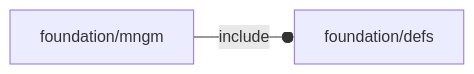
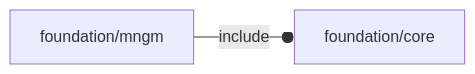
The diagram in orthodocs/foundation/mngm.md (ggabbiani/OFL), drawn with Mermaid before and after one commit. The commit also changed 81 other files, not shown here.

Commit message:
foundation/defs.scad renamed as foundation/core.scad

````diff
--- a/orthodocs/foundation/mngm.md
+++ b/orthodocs/foundation/mngm.md
@@ -5,4 +5,4 @@
 ```mermaid
 graph LR
-    A1[foundation/mngm] --o|include| A2[foundation/defs]
+    A1[foundation/mngm] --o|include| A2[foundation/core]
 ```
````
